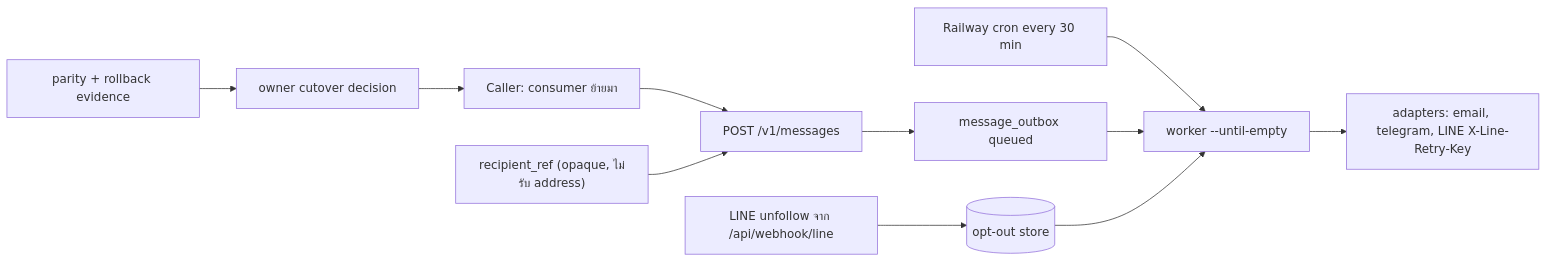
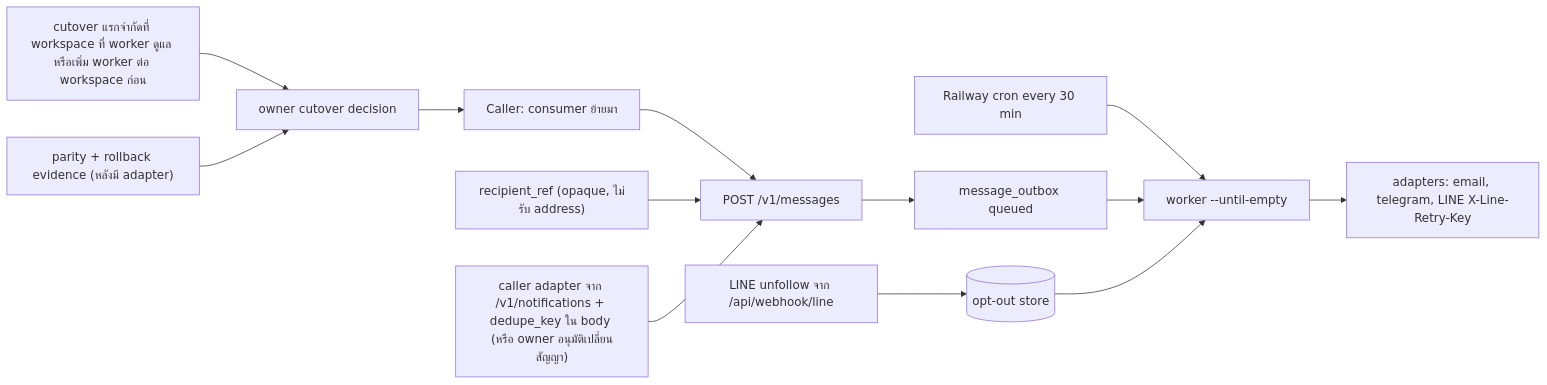
Before and after one commit to bookchaowalit-backend/platform-communication: the second of 2 diagrams in docs/diagrams/01-business-process.md, drawn with Mermaid. The commit also changed other lines of this file, not shown here.

````diff
--- a/docs/diagrams/01-business-process.md
+++ b/docs/diagrams/01-business-process.md
@@ -48,13 +51,15 @@
 ```mermaid
 flowchart LR
   CALLER["Caller: consumer ย้ายมา"] --> POST["POST /v1/messages"]
   POST --> QUEUE["message_outbox queued"]
   RREF["recipient_ref (opaque, ไม่รับ address)"] --> POST
+  ADAPT["caller adapter จาก /v1/notifications + dedupe_key ใน body (หรือ owner อนุมัติเปลี่ยนสัญญา)"] --> POST
   CRON["Railway cron every 30 min"] --> WORKER["worker --until-empty"]
   QUEUE --> WORKER
   WORKER --> ADAPTER["adapters: email, telegram, LINE X-Line-Retry-Key"]
   LINE["LINE unfollow จาก /api/webhook/line"] --> OPT[("opt-out store")]
   OPT --> WORKER
-  PARITY["parity + rollback evidence"] --> CUT["owner cutover decision"]
+  WS["cutover แรกจำกัดที่ workspace ที่ worker ดูแล หรือเพิ่ม worker ต่อ workspace ก่อน"] --> CUT
+  PARITY["parity + rollback evidence (หลังมี adapter)"] --> CUT["owner cutover decision"]
   CUT --> CALLER
 ```
````
